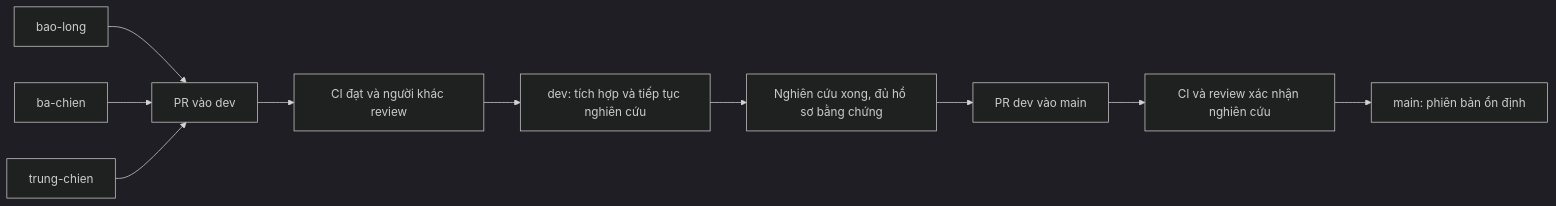
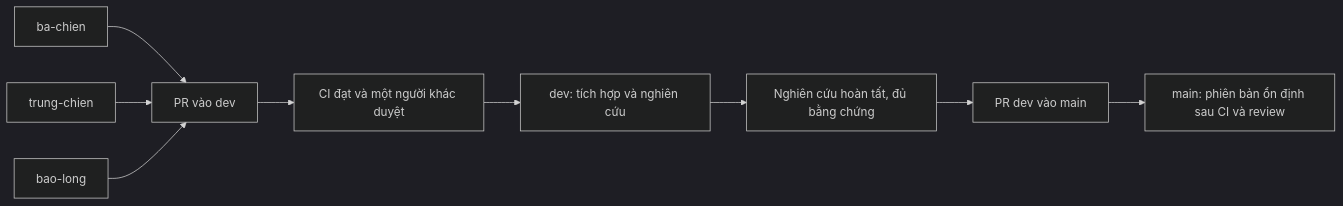
One commit to baolong06/recommender_system changed the diagram in README.md. Above: the diagram before and after it, drawn with Mermaid (dark theme). The commit also changed other lines of this file, not shown here.

````diff
--- a/README.md
+++ b/README.md
@@ -185,12 +20,11 @@
 ```mermaid
 flowchart LR
-    L[bao-long] --> D[PR vào dev]
-    B[ba-chien] --> D
+    B[ba-chien] --> D[PR vào dev]
     T[trung-chien] --> D
-    D --> C[CI đạt và người khác review]
-    C --> V[dev: tích hợp và tiếp tục nghiên cứu]
-    V --> R[Nghiên cứu xong, đủ hồ sơ bằng chứng]
+    L[bao-long] --> D
+    D --> C[CI đạt và một người khác duyệt]
+    C --> V[dev: tích hợp và nghiên cứu]
+    V --> R[Nghiên cứu hoàn tất, đủ bằng chứng]
     R --> P[PR dev vào main]
-    P --> G[CI và review xác nhận nghiên cứu]
-    G --> M[main: phiên bản ổn định]
+    P --> M[main: phiên bản ổn định sau CI và review]
 ```
````
